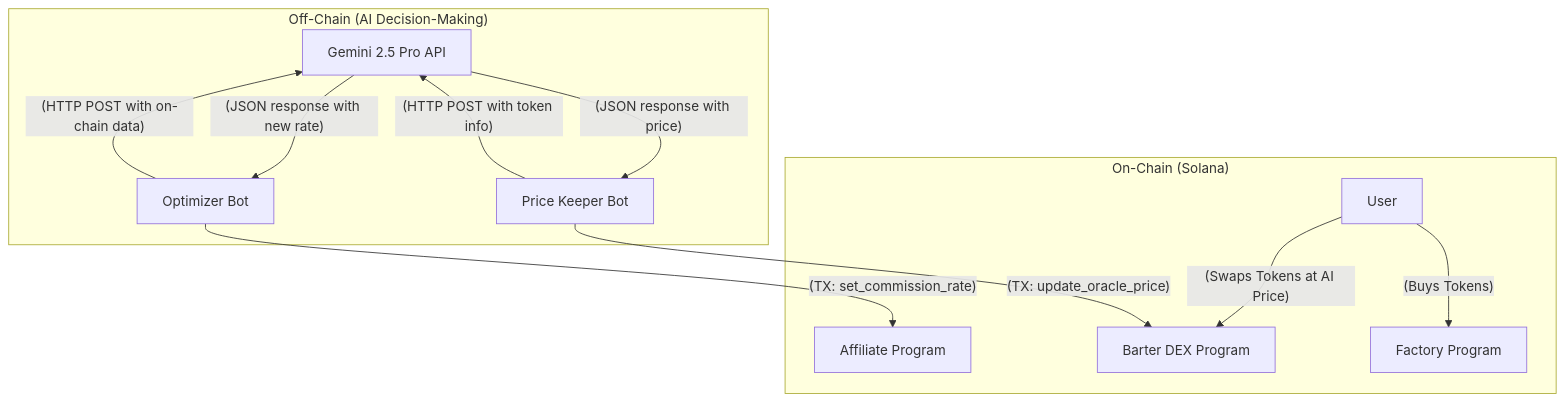
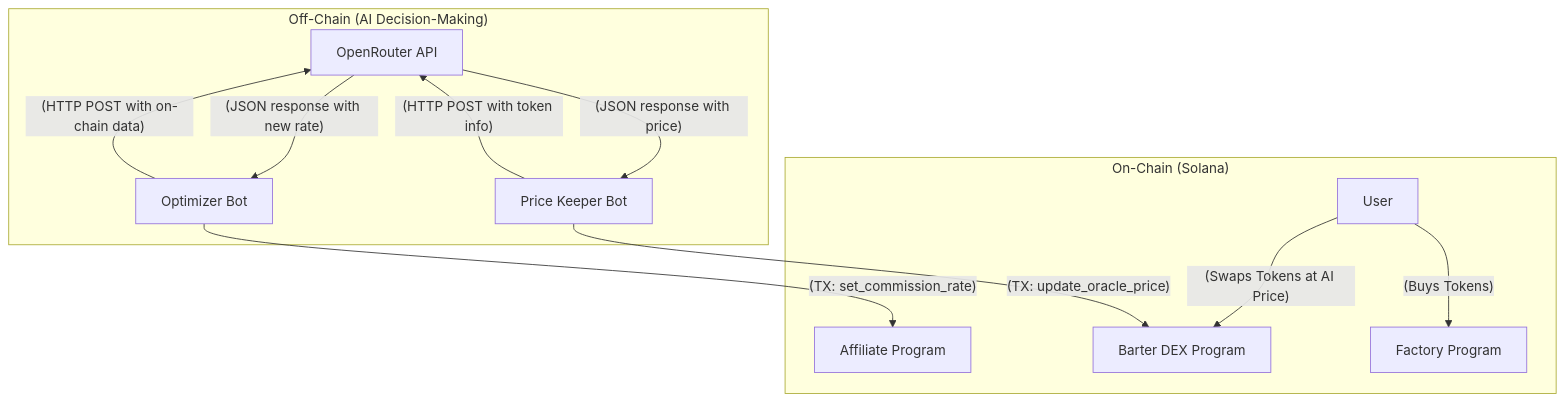
Before and after one commit to waifuai/solana-launchpad-ecosystem: the diagram in README.md, drawn with Mermaid. The commit also changed other lines of this file and 7 other files, not shown here.

````diff
--- a/README.md
+++ b/README.md
@@ -26,26 +26,26 @@
 ```mermaid
 graph TD
     subgraph "Off-Chain (AI Decision-Making)"
-        GeminiAPI[Gemini 2.5 Pro API]
+        OpenRouterAPI[OpenRouter API]
         OptimizerBot[Optimizer Bot]
         PriceKeeperBot[Price Keeper Bot]
 
-        OptimizerBot --(HTTP POST with on-chain data)--> GeminiAPI
-        GeminiAPI --(JSON response with new rate)--> OptimizerBot
+        OptimizerBot --(HTTP POST with on-chain data)--> OpenRouterAPI
+        OpenRouterAPI --(JSON response with new rate)--> OptimizerBot
 
-        PriceKeeperBot --(HTTP POST with token info)--> GeminiAPI
-        GeminiAPI --(JSON response with price)--> PriceKeeperBot
+        PriceKeeperBot --(HTTP POST with token info)--> OpenRouterAPI
+        OpenRouterAPI --(JSON response with price)--> PriceKeeperBot
     end
 
     subgraph "On-Chain (Solana)"
         AffiliateProgram[Affiliate Program]
         BarterDEX[Barter DEX Program]
         FactoryProgram[Factory Program]
 
         User --(Buys Tokens)--> FactoryProgram
         User --(Swaps Tokens at AI Price)--> BarterDEX
     end
 
     OptimizerBot --(TX: set_commission_rate)--> AffiliateProgram
     PriceKeeperBot --(TX: update_oracle_price)--> BarterDEX
 ```
````
